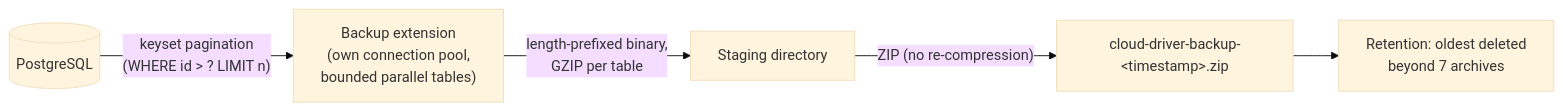
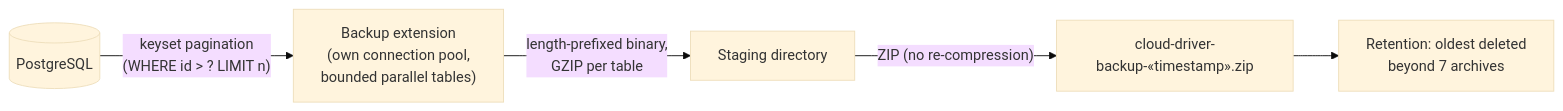
Before and after one commit to linoalessio/cloud-driver: the seventh of 8 diagrams in README.md, drawn with Mermaid (base theme). The commit also changed other lines of this file and 78 other files, not shown here.

Commit message:
Docs: refresh README.md and docs/ against the current code, diagrams include

````diff
--- a/README.md
+++ b/README.md
@@ -703,7 +737,7 @@
 ```mermaid
 flowchart LR
     DB[("PostgreSQL")] -->|"keyset pagination<br/>(WHERE id > ? LIMIT n)"| JOB["Backup extension<br/>(own connection pool,<br/>bounded parallel tables)"]
     JOB -->|"length-prefixed binary,<br/>GZIP per table"| STAGE["Staging directory"]
-    STAGE -->|"ZIP (no re-compression)"| ARCH["cloud-driver-backup-&lt;timestamp&gt;.zip"]
+    STAGE -->|"ZIP (no re-compression)"| ARCH["cloud-driver-backup-«timestamp».zip"]
     ARCH --> ROT["Retention: oldest deleted<br/>beyond 7 archives"]
 ```
````
